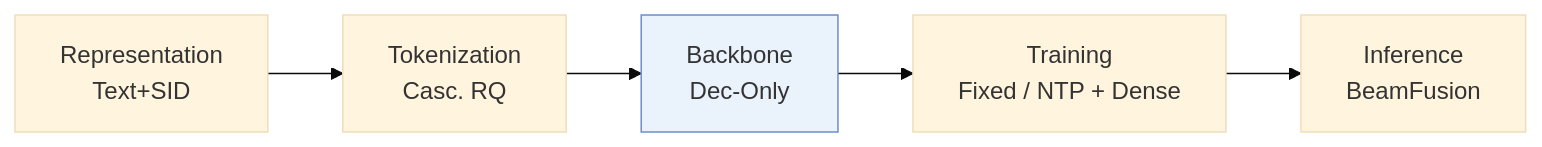
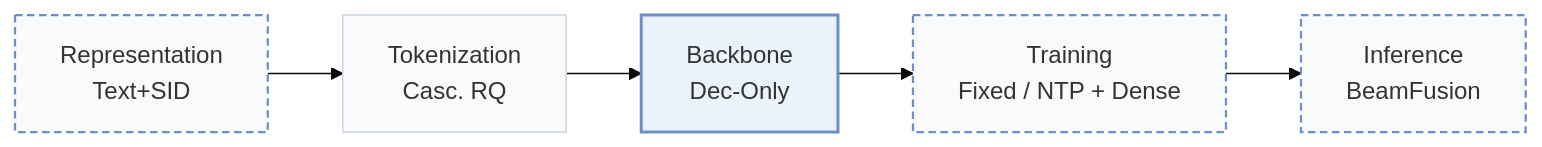
One commit to Galaxy-ghost/Awesome-SID-Generative-Rec changed the first of 2 diagrams in pages/papers/cobra.md. Above: the diagram before and after it, drawn with Mermaid (base theme). The commit also changed other lines of this file and 649 other files, not shown here.

Commit message:
writer-05: also tags and modality index (schema, check, build, visuals); summary field removed; calibration data for 12 papers

````diff
--- a/pages/papers/cobra.md
+++ b/pages/papers/cobra.md
@@ -13,6 +15,10 @@
 ```mermaid
 flowchart LR
     R["Representation<br/>Text+SID"] --> T["Tokenization<br/>Casc. RQ"] --> B["Backbone<br/>Dec-Only"] --> TR["Training<br/>Fixed / NTP + Dense"] --> I["Inference<br/>BeamFusion"]
-    classDef main fill:#eaf2fb,stroke:#6b8fc7
+    classDef base fill:#f8fafc,stroke:#cbd5e1
+    class R,T,B,TR,I base
+    classDef also fill:#f8fafc,stroke:#6b8fc7,stroke-width:1.5px,stroke-dasharray:5 3
+    class R,TR,I also
+    classDef main fill:#eaf2fb,stroke:#6b8fc7,stroke-width:2px
     class B main
 ```
````
